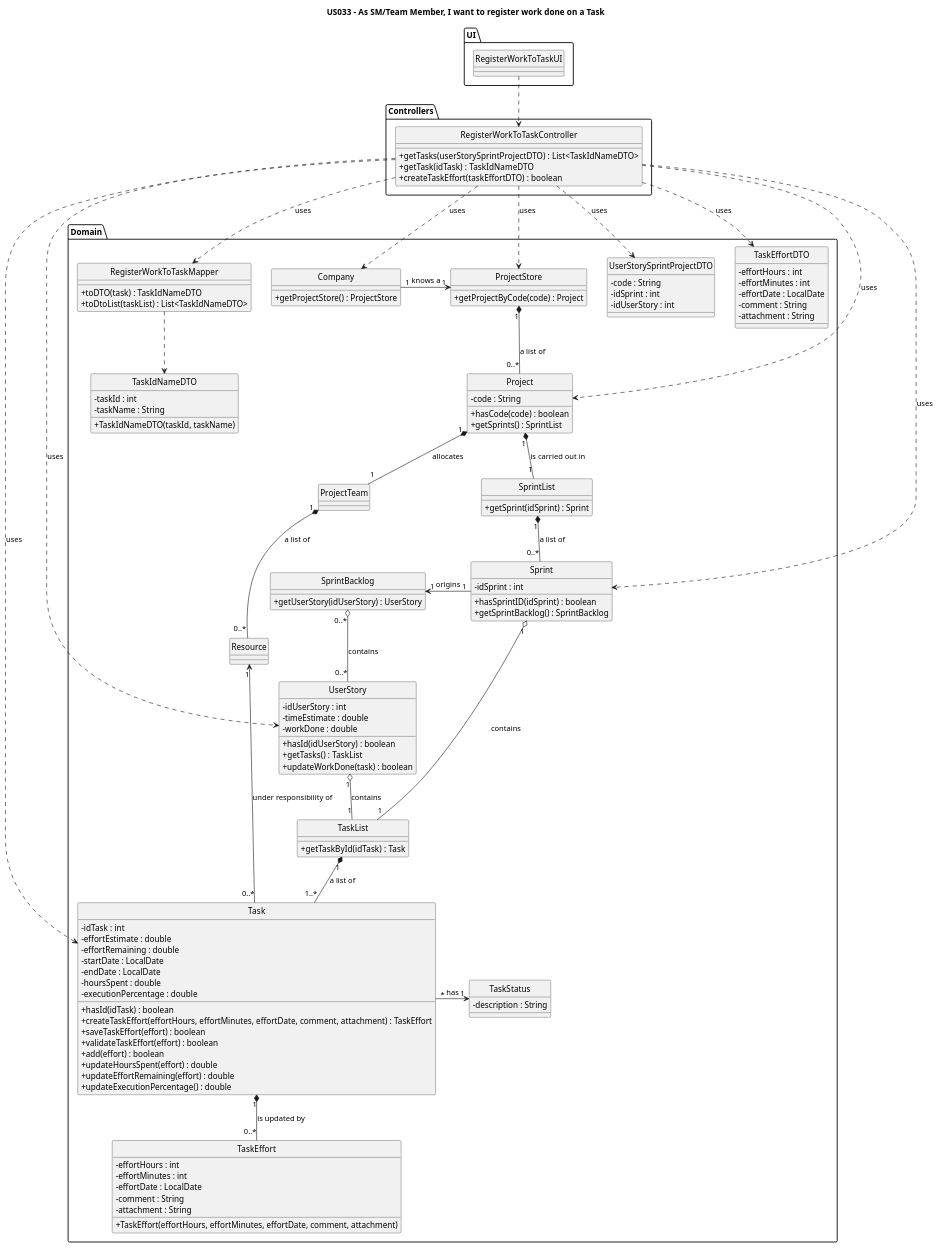
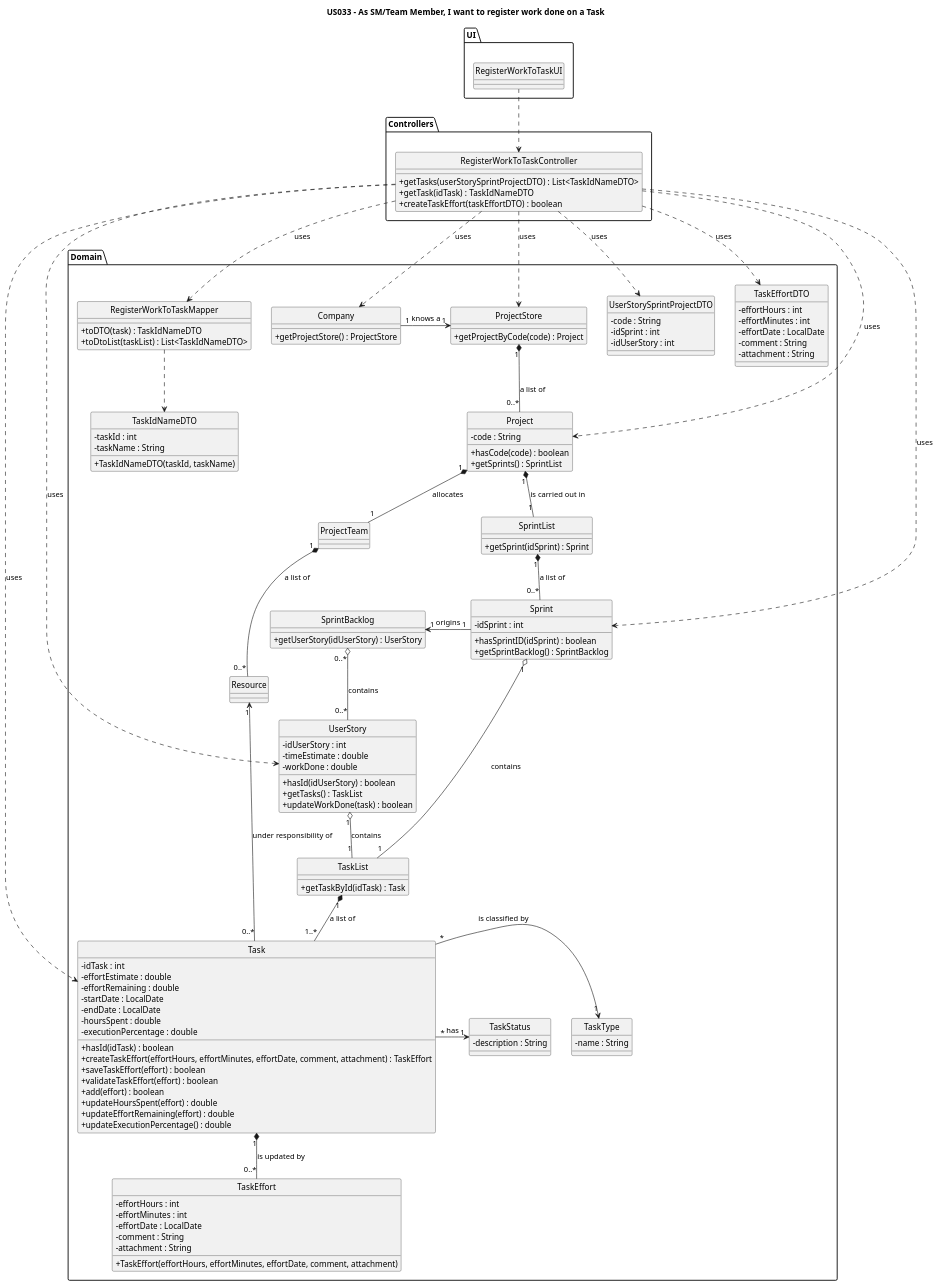
One commit to nunogon1211787/projectManagement changed the diagram in docs/Sprint3/US033/US033-CD.puml. Above: the diagram before and after it, drawn with PlantUML. The commit also changed 4 other files, not shown here.

```diff
--- a/docs/Sprint3/US033/US033-CD.puml
+++ b/docs/Sprint3/US033/US033-CD.puml
@@ -1,151 +1,156 @@
 @startuml
 'https://plantuml.com/class-diagram
 
 hide circle
 skinparam classAttributeIconSize 0
 
 title US033 - As SM/Team Member, I want to register work done on a Task
 
 package "UI"{
 class RegisterWorkToTaskUI {
 }
 }
 package "Controllers"{
 class RegisterWorkToTaskController {
 +getTasks(userStorySprintProjectDTO) : List<TaskIdNameDTO>
 +getTask(idTask) : TaskIdNameDTO
 +createTaskEffort(taskEffortDTO) : boolean
 }
 }
 package "Domain"{
 class Company {
 +getProjectStore() : ProjectStore
 }
 
 class UserStorySprintProjectDTO {
 -code : String
 -idSprint : int
 -idUserStory : int
 }
 
 class TaskEffortDTO {
 -effortHours : int
 -effortMinutes : int
 -effortDate : LocalDate
 -comment : String
 -attachment : String
 }
 
 class TaskIdNameDTO {
 -taskId : int
 -taskName : String
 +TaskIdNameDTO(taskId, taskName)
 }
 
 class RegisterWorkToTaskMapper {
 +toDTO(task) : TaskIdNameDTO
 +toDtoList(taskList) : List<TaskIdNameDTO>
 }
 
 class ProjectStore {
 +getProjectByCode(code) : Project
 }
 
 class Project {
 -code : String
 +hasCode(code) : boolean
 +getSprints() : SprintList
 }
 
 class ProjectTeam {
 }
 
 class Resource {
 }
 
 class SprintList {
 +getSprint(idSprint) : Sprint
 }
 
 class Sprint {
 -idSprint : int
 +hasSprintID(idSprint) : boolean
 +getSprintBacklog() : SprintBacklog
 }
 
 class SprintBacklog {
 +getUserStory(idUserStory) : UserStory
 }
 
 class UserStory {
 -idUserStory : int
 -timeEstimate : double
 -workDone : double
 +hasId(idUserStory) : boolean
 +getTasks() : TaskList
 +updateWorkDone(task) : boolean
 }
 
 class TaskList {
 +getTaskById(idTask) : Task
 }
 
 class Task {
 -idTask : int
 -effortEstimate : double
 -effortRemaining : double
 -startDate : LocalDate
 -endDate : LocalDate
 -hoursSpent : double
 -executionPercentage : double
 +hasId(idTask) : boolean
 +createTaskEffort(effortHours, effortMinutes, effortDate, comment, attachment) : TaskEffort
 +saveTaskEffort(effort) : boolean
 +validateTaskEffort(effort) : boolean
 +add(effort) : boolean
 +updateHoursSpent(effort) : double
 +updateEffortRemaining(effort) : double
 +updateExecutionPercentage() : double
 }
 
 class TaskStatus {
 -description : String
 }
 
+class TaskType {
+-name : String
+}
+
 class TaskEffort {
 -effortHours : int
 -effortMinutes : int
 -effortDate : LocalDate
 -comment : String
 -attachment : String
 +TaskEffort(effortHours, effortMinutes, effortDate, comment, attachment)
 }
 }
 RegisterWorkToTaskUI ..> RegisterWorkToTaskController
 
 RegisterWorkToTaskController ..> Company : uses
 RegisterWorkToTaskController ..> UserStorySprintProjectDTO : uses
 RegisterWorkToTaskController ..> RegisterWorkToTaskMapper : uses
 RegisterWorkToTaskController ..> TaskEffortDTO : uses
 RegisterWorkToTaskMapper ..> TaskIdNameDTO
 RegisterWorkToTaskController ..> ProjectStore : uses
 RegisterWorkToTaskController ..> Project : uses
 RegisterWorkToTaskController ..> Sprint : uses
 RegisterWorkToTaskController ..> UserStory : uses
 RegisterWorkToTaskController ..> Task : uses
 
 Company "1" -> "1" ProjectStore: knows a
 ProjectStore "1" *-- "0..*" Project: a list of
 Project "1" *-- "1" ProjectTeam : allocates
 ProjectTeam "1" *-- "0..*" Resource : a list of
 Resource "1" <- "0..*" Task : under responsibility of
 Project "1" *-- "1" SprintList : is carried out in
 SprintList "1" *-- "0..*" Sprint :a list of
 Sprint "1" -> "1" SprintBacklog: origins
 SprintBacklog "0..*" o-- "0..*" UserStory: contains
 UserStory "1" o-- "1" TaskList: contains
 Sprint "1" o-- "1" TaskList: contains
 TaskList "1" *-- "1..*" Task : a list of
 Task "*" -> "1" TaskStatus : has
+Task "*" -> "1" TaskType : is classified by
 Task "1" *-- "0..*" TaskEffort: is updated by
 @enduml
```
